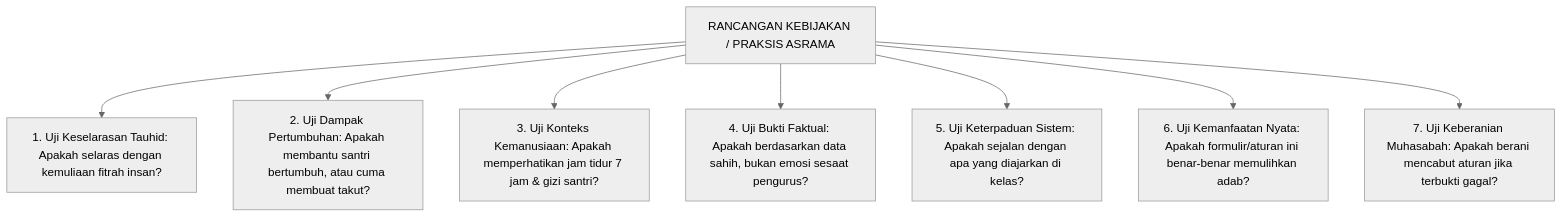
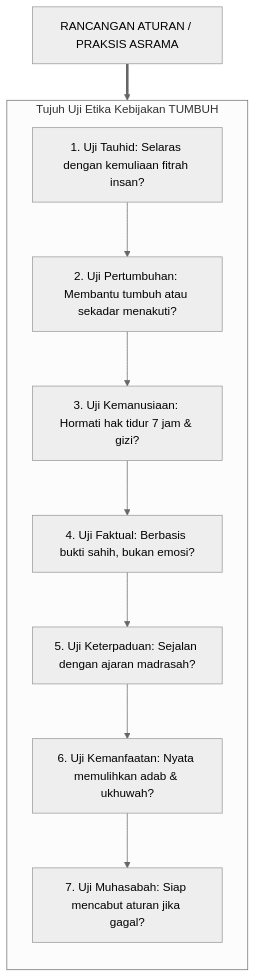
Before and after one commit to wandiapriliyandi/tumbuh: the fourth of 5 diagrams in BOOK Series 1/01-The-Fundamental-of-TUMBUH/Bab-08-Sumpah-Integritas-Pendidikan-TUMBUH.md, drawn with Mermaid (neutral theme). The commit also changed other lines of this file and 35 other files, not shown here.

Commit message:
fix(book-01): optimasi keterbacaan diagram mermaid pada seluruh bab dan perbarui 20 file PDF

````diff
--- a/BOOK Series 1/01-The-Fundamental-of-TUMBUH/Bab-08-Sumpah-Integritas-Pendidikan-TUMBUH.md
+++ b/BOOK Series 1/01-The-Fundamental-of-TUMBUH/Bab-08-Sumpah-Integritas-Pendidikan-TUMBUH.md
@@ -144,10 +147,17 @@
 ```mermaid
 graph TD
-    R["RANCANGAN KEBIJAKAN / PRAKSIS ASRAMA"] --> T1["1. Uji Keselarasan Tauhid: Apakah selaras dengan kemuliaan fitrah insan?"]
-    R --> T2["2. Uji Dampak Pertumbuhan: Apakah membantu santri bertumbuh, atau cuma membuat takut?"]
-    R --> T3["3. Uji Konteks Kemanusiaan: Apakah memperhatikan jam tidur 7 jam & gizi santri?"]
-    R --> T4["4. Uji Bukti Faktual: Apakah berdasarkan data sahih, bukan emosi sesaat pengurus?"]
-    R --> T5["5. Uji Keterpaduan Sistem: Apakah sejalan dengan apa yang diajarkan di kelas?"]
-    R --> T6["6. Uji Kemanfaatan Nyata: Apakah formulir/aturan ini benar-benar memulihkan adab?"]
-    R --> T7["7. Uji Keberanian Muhasabah: Apakah berani mencabut aturan jika terbukti gagal?"]
+    R["RANCANGAN ATURAN / PRAKSIS ASRAMA"]
+    
+    subgraph TUJUH_UJI_ETIK["Tujuh Uji Etika Kebijakan TUMBUH"]
+        direction TB
+        T1["1. Uji Tauhid: Selaras dengan kemuliaan fitrah insan?"]
+        --> T2["2. Uji Pertumbuhan: Membantu tumbuh atau sekadar menakuti?"]
+        --> T3["3. Uji Kemanusiaan: Hormati hak tidur 7 jam & gizi?"]
+        --> T4["4. Uji Faktual: Berbasis bukti sahih, bukan emosi?"]
+        --> T5["5. Uji Keterpaduan: Sejalan dengan ajaran madrasah?"]
+        --> T6["6. Uji Kemanfaatan: Nyata memulihkan adab & ukhuwah?"]
+        --> T7["7. Uji Muhasabah: Siap mencabut aturan jika gagal?"]
+    end
+
+    R ==> TUJUH_UJI_ETIK
 ```
````
